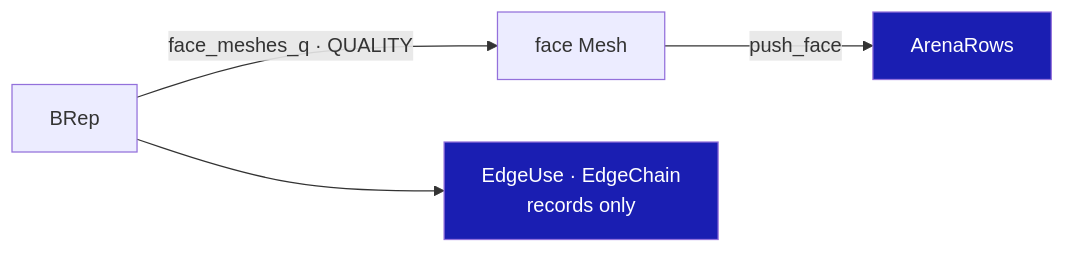
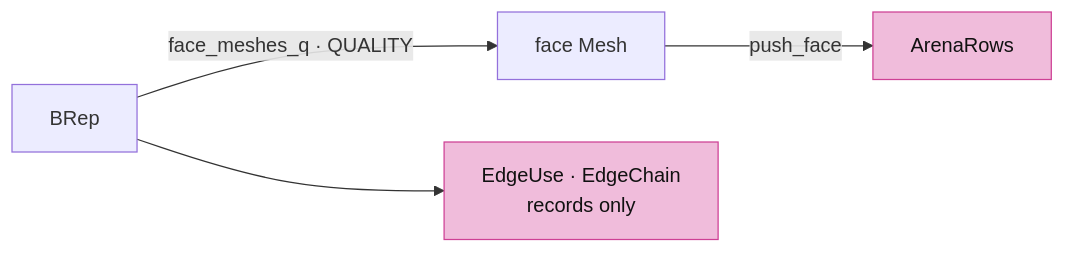
One commit to petrasvestartas/session changed the tenth of 14 diagrams in session_viewer/docs/06-cad-contract.md. Above: the diagram before and after it, drawn with Mermaid. The commit also changed other lines of this file and 23 other files, not shown here.

Commit message:
Course: Mermaid nodes white with black text, highlighted nodes pink, white arrows and edge labels on the black ground

````diff
--- a/session_viewer/docs/06-cad-contract.md
+++ b/session_viewer/docs/06-cad-contract.md
@@ -192,8 +192,8 @@
 ```mermaid
 flowchart LR
     B["BRep"] -- "face_meshes_q · QUALITY" --> F["face Mesh"]
     F -- "push_face" --> A["ArenaRows"]
     B --> E["EdgeUse · EdgeChain<br/>records only"]
-    style A fill:#1a1eb2,color:#fff
-    style E fill:#1a1eb2,color:#fff
+    style A fill:#f0bcdb,stroke:#ce4095,color:#111
+    style E fill:#f0bcdb,stroke:#ce4095,color:#111
 ```
````
